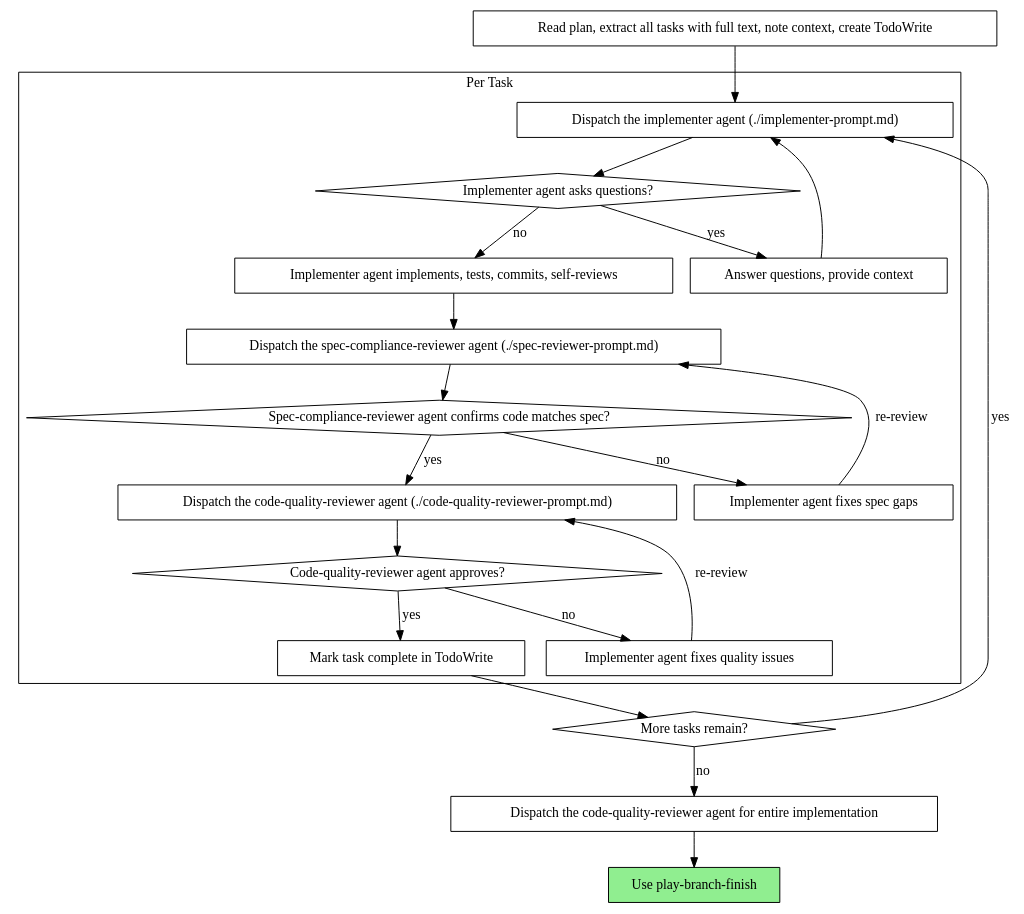
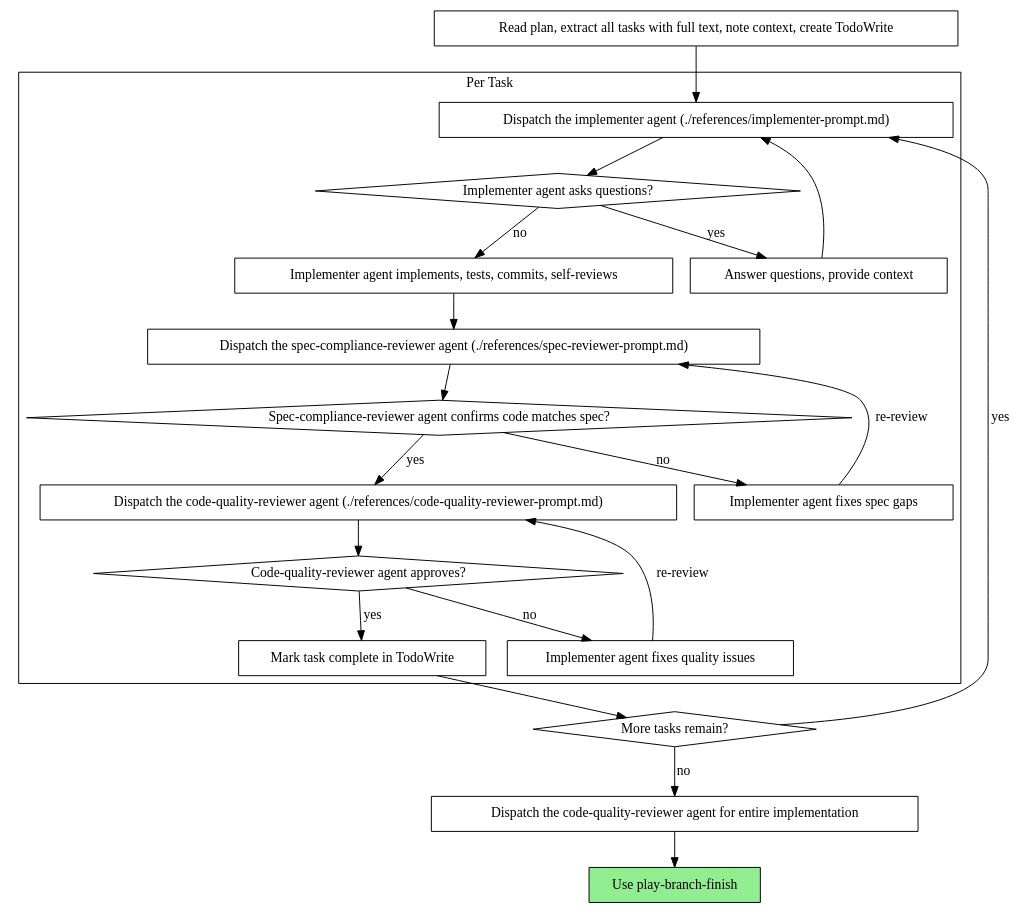
One commit to ryumiel/devcanon changed the second of 2 diagrams in skills/play-subagent-execution/SKILL.md. Above: the diagram before and after it, drawn with Graphviz. The commit also changed other lines of this file and 3 other files, not shown here.

````diff
--- a/skills/play-subagent-execution/SKILL.md
+++ b/skills/play-subagent-execution/SKILL.md
@@ -43,44 +43,44 @@
 ```dot
 digraph process {
     rankdir=TB;
 
     subgraph cluster_per_task {
         label="Per Task";
-        "Dispatch the implementer agent (./implementer-prompt.md)" [shape=box];
+        "Dispatch the implementer agent (./references/implementer-prompt.md)" [shape=box];
         "Implementer agent asks questions?" [shape=diamond];
         "Answer questions, provide context" [shape=box];
         "Implementer agent implements, tests, commits, self-reviews" [shape=box];
-        "Dispatch the spec-compliance-reviewer agent (./spec-reviewer-prompt.md)" [shape=box];
+        "Dispatch the spec-compliance-reviewer agent (./references/spec-reviewer-prompt.md)" [shape=box];
         "Spec-compliance-reviewer agent confirms code matches spec?" [shape=diamond];
         "Implementer agent fixes spec gaps" [shape=box];
-        "Dispatch the code-quality-reviewer agent (./code-quality-reviewer-prompt.md)" [shape=box];
+        "Dispatch the code-quality-reviewer agent (./references/code-quality-reviewer-prompt.md)" [shape=box];
         "Code-quality-reviewer agent approves?" [shape=diamond];
         "Implementer agent fixes quality issues" [shape=box];
         "Mark task complete in TodoWrite" [shape=box];
     }
 
     "Read plan, extract all tasks with full text, note context, create TodoWrite" [shape=box];
     "More tasks remain?" [shape=diamond];
     "Dispatch the code-quality-reviewer agent for entire implementation" [shape=box];
     "Use play-branch-finish" [shape=box style=filled fillcolor=lightgreen];
 
-    "Read plan, extract all tasks with full text, note context, create TodoWrite" -> "Dispatch the implementer agent (./implementer-prompt.md)";
-    "Dispatch the implementer agent (./implementer-prompt.md)" -> "Implementer agent asks questions?";
+    "Read plan, extract all tasks with full text, note context, create TodoWrite" -> "Dispatch the implementer agent (./references/implementer-prompt.md)";
+    "Dispatch the implementer agent (./references/implementer-prompt.md)" -> "Implementer agent asks questions?";
     "Implementer agent asks questions?" -> "Answer questions, provide context" [label="yes"];
-    "Answer questions, provide context" -> "Dispatch the implementer agent (./implementer-prompt.md)";
+    "Answer questions, provide context" -> "Dispatch the implementer agent (./references/implementer-prompt.md)";
     "Implementer agent asks questions?" -> "Implementer agent implements, tests, commits, self-reviews" [label="no"];
-    "Implementer agent implements, tests, commits, self-reviews" -> "Dispatch the spec-compliance-reviewer agent (./spec-reviewer-prompt.md)";
-    "Dispatch the spec-compliance-reviewer agent (./spec-reviewer-prompt.md)" -> "Spec-compliance-reviewer agent confirms code matches spec?";
+    "Implementer agent implements, tests, commits, self-reviews" -> "Dispatch the spec-compliance-reviewer agent (./references/spec-reviewer-prompt.md)";
+    "Dispatch the spec-compliance-reviewer agent (./references/spec-reviewer-prompt.md)" -> "Spec-compliance-reviewer agent confirms code matches spec?";
     "Spec-compliance-reviewer agent confirms code matches spec?" -> "Implementer agent fixes spec gaps" [label="no"];
-    "Implementer agent fixes spec gaps" -> "Dispatch the spec-compliance-reviewer agent (./spec-reviewer-prompt.md)" [label="re-review"];
-    "Spec-compliance-reviewer agent confirms code matches spec?" -> "Dispatch the code-quality-reviewer agent (./code-quality-reviewer-prompt.md)" [label="yes"];
-    "Dispatch the code-quality-reviewer agent (./code-quality-reviewer-prompt.md)" -> "Code-quality-reviewer agent approves?";
+    "Implementer agent fixes spec gaps" -> "Dispatch the spec-compliance-reviewer agent (./references/spec-reviewer-prompt.md)" [label="re-review"];
+    "Spec-compliance-reviewer agent confirms code matches spec?" -> "Dispatch the code-quality-reviewer agent (./references/code-quality-reviewer-prompt.md)" [label="yes"];
+    "Dispatch the code-quality-reviewer agent (./references/code-quality-reviewer-prompt.md)" -> "Code-quality-reviewer agent approves?";
     "Code-quality-reviewer agent approves?" -> "Implementer agent fixes quality issues" [label="no"];
-    "Implementer agent fixes quality issues" -> "Dispatch the code-quality-reviewer agent (./code-quality-reviewer-prompt.md)" [label="re-review"];
+    "Implementer agent fixes quality issues" -> "Dispatch the code-quality-reviewer agent (./references/code-quality-reviewer-prompt.md)" [label="re-review"];
     "Code-quality-reviewer agent approves?" -> "Mark task complete in TodoWrite" [label="yes"];
     "Mark task complete in TodoWrite" -> "More tasks remain?";
-    "More tasks remain?" -> "Dispatch the implementer agent (./implementer-prompt.md)" [label="yes"];
+    "More tasks remain?" -> "Dispatch the implementer agent (./references/implementer-prompt.md)" [label="yes"];
     "More tasks remain?" -> "Dispatch the code-quality-reviewer agent for entire implementation" [label="no"];
     "Dispatch the code-quality-reviewer agent for entire implementation" -> "Use play-branch-finish";
 }
 ```
````
